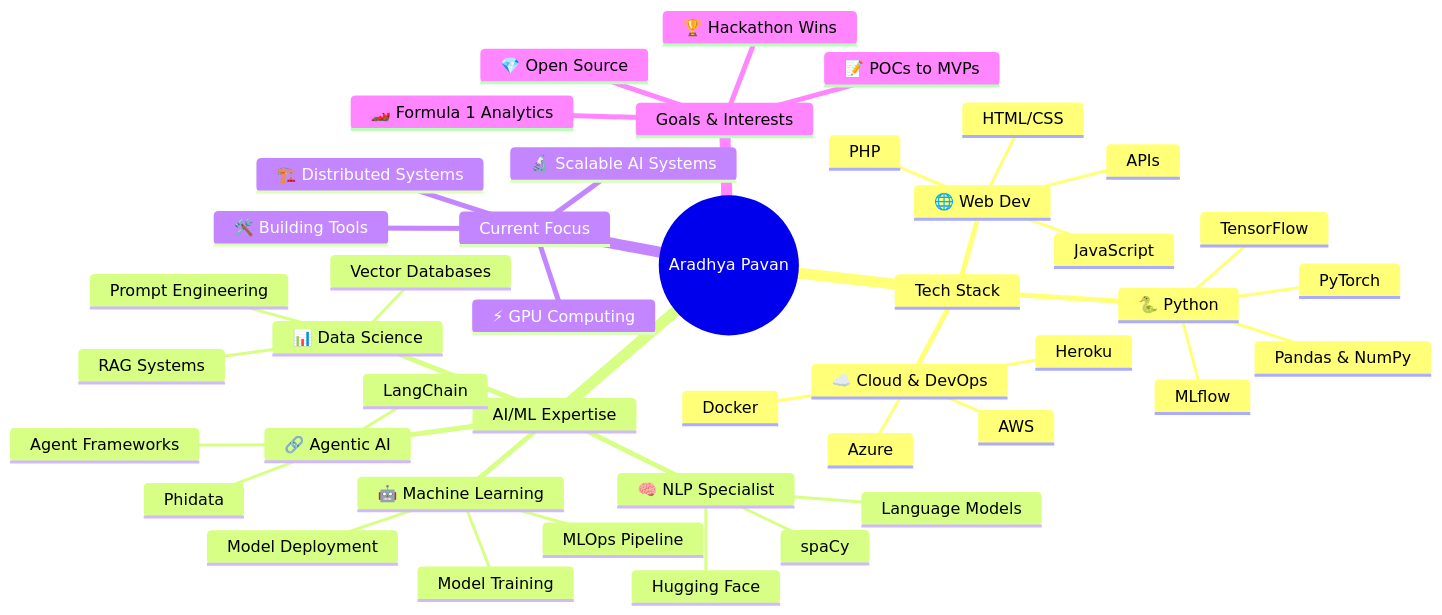
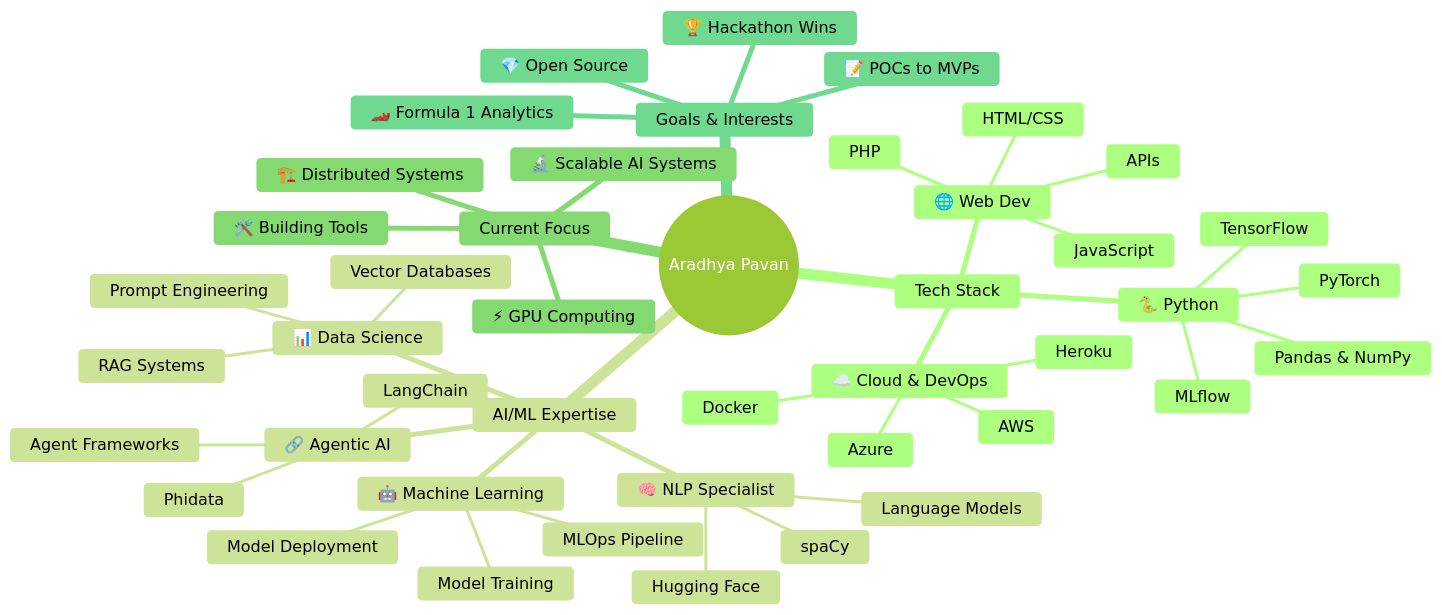
Before and after one commit to aradhyapavan/aradhyapavan: the diagram in README.md, drawn with Mermaid. The commit also changed other lines of this file, not shown here.

````diff
--- a/README.md
+++ b/README.md
@@ -194,47 +198,48 @@
 ```mermaid
+%%{init: {'theme':'forest', 'themeVariables': { 'background': 'transparent' }}}%%
 mindmap
   root((Aradhya Pavan))
     Tech Stack
       🐍 Python
         PyTorch
         TensorFlow
         Pandas & NumPy
         MLflow
       🌐 Web Dev
         PHP
         JavaScript
         HTML/CSS
         APIs
       ☁️ Cloud & DevOps
         AWS
         Azure
         Docker
         Heroku
     AI/ML Expertise
       🤖 Machine Learning
         Model Training
         Model Deployment
         MLOps Pipeline
       🧠 NLP Specialist
         spaCy
         Hugging Face
         Language Models
       🔗 Agentic AI
         LangChain
         Phidata
         Agent Frameworks
       📊 Data Science
         Vector Databases
         RAG Systems
         Prompt Engineering
     Current Focus
       🔬 Scalable AI Systems
       ⚡ GPU Computing
       🏗️ Distributed Systems
       🛠️ Building Tools
     Goals & Interests
       🏎️ Formula 1 Analytics
       🏆 Hackathon Wins
       📝 POCs to MVPs
       💎 Open Source
 ```
````
